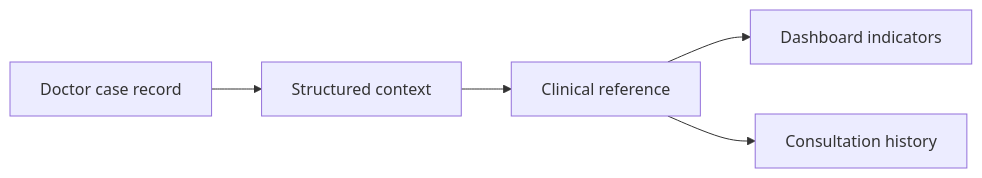
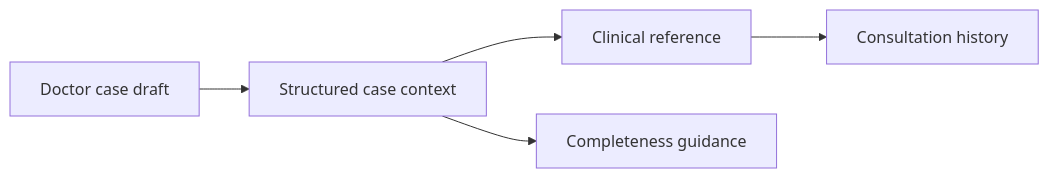
The first of 2 diagrams in README.md (chiaweiwoo/tcm-diagnosis), drawn with Mermaid before and after one commit. The commit also changed other lines of this file and 8 other files, not shown here.

````diff
--- a/README.md
+++ b/README.md
@@ -19,7 +18,7 @@
 ```mermaid
 flowchart LR
-    D["Doctor case record"] --> O["Structured context"]
-    O --> A["Clinical reference"]
-    A --> K["Dashboard indicators"]
-    A --> H["Consultation history"]
+    D["Doctor case draft"] --> O["Structured case context"]
+    O --> R["Clinical reference"]
+    O --> G["Completeness guidance"]
+    R --> H["Consultation history"]
 ```
````
